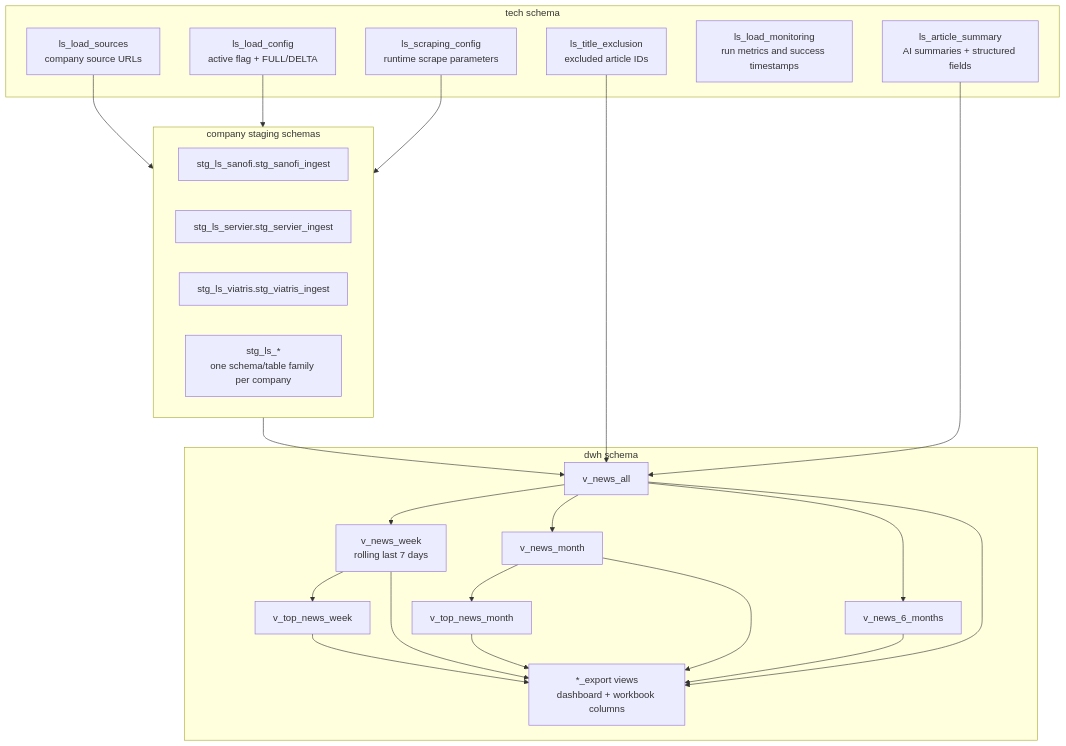
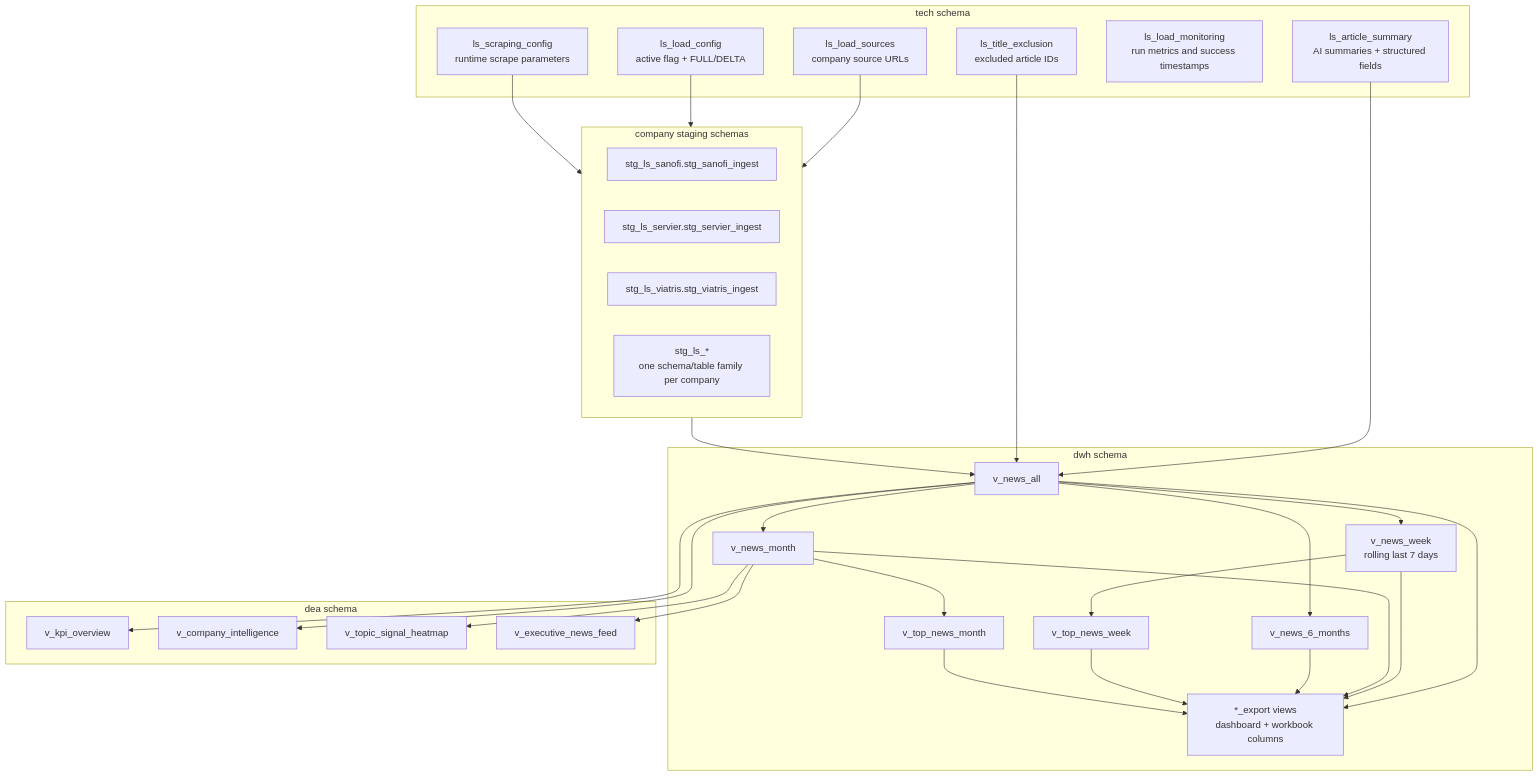
Before and after one commit to valentinjoseph/lifescihub: the third of 4 diagrams in docs/architecture/liscihub_technical_architecture.md, drawn with Mermaid. The commit also changed other lines of this file and 4 other files, not shown here.

````diff
--- a/docs/architecture/liscihub_technical_architecture.md
+++ b/docs/architecture/liscihub_technical_architecture.md
@@ -138,46 +139,57 @@
 ```mermaid
 flowchart TB
     subgraph Tech["tech schema"]
         LoadSources["ls_load_sources<br/>company source URLs"]
         LoadConfig["ls_load_config<br/>active flag + FULL/DELTA"]
         ScrapingConfig["ls_scraping_config<br/>runtime scrape parameters"]
         TitleExclusion["ls_title_exclusion<br/>excluded article IDs"]
         Monitoring["ls_load_monitoring<br/>run metrics and success timestamps"]
         Summary["ls_article_summary<br/>AI summaries + structured fields"]
     end
 
     subgraph Staging["company staging schemas"]
         Stg1["stg_ls_sanofi.stg_sanofi_ingest"]
         Stg2["stg_ls_servier.stg_servier_ingest"]
         Stg3["stg_ls_viatris.stg_viatris_ingest"]
         StgN["stg_ls_*<br/>one schema/table family per company"]
     end
 
     subgraph DWH["dwh schema"]
         All["v_news_all"]
         Week["v_news_week<br/>rolling last 7 days"]
         Month["v_news_month"]
         SixMonths["v_news_6_months"]
         TopWeek["v_top_news_week"]
         TopMonth["v_top_news_month"]
         ExportViews["*_export views<br/>dashboard + workbook columns"]
     end
 
+    subgraph DEA["dea schema"]
+        Kpis["v_kpi_overview"]
+        CompanyIntel["v_company_intelligence"]
+        TopicSignals["v_topic_signal_heatmap"]
+        ExecFeed["v_executive_news_feed"]
+    end
+
     LoadSources --> Staging
     LoadConfig --> Staging
     ScrapingConfig --> Staging
     Staging --> All
     Summary --> All
     TitleExclusion --> All
     All --> Week
     All --> Month
     All --> SixMonths
     Week --> TopWeek
     Month --> TopMonth
     All --> ExportViews
     Week --> ExportViews
     Month --> ExportViews
     SixMonths --> ExportViews
+    All --> Kpis
+    All --> CompanyIntel
+    Month --> TopicSignals
+    Month --> ExecFeed
     TopWeek --> ExportViews
     TopMonth --> ExportViews
 ```
````
